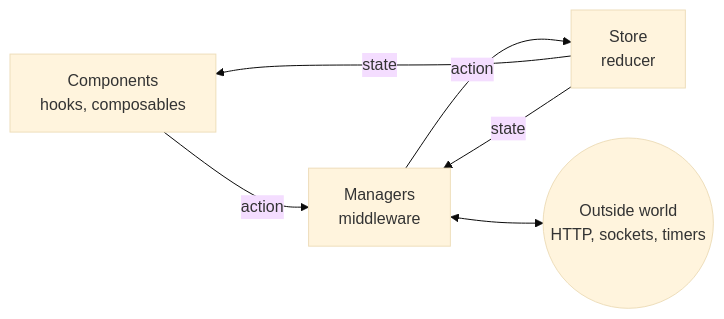
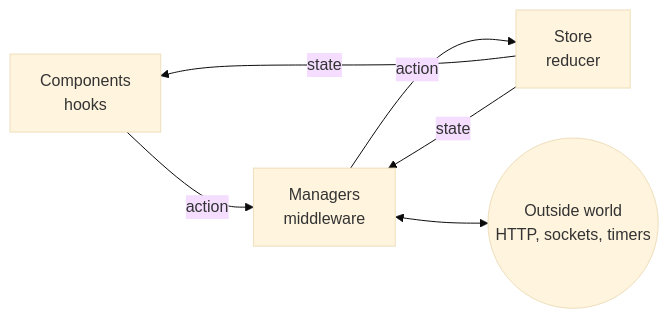
One commit to reactive/data-client changed the diagram in ARCHITECTURE.md. Above: the diagram before and after it, drawn with Mermaid (base theme). The commit also changed other lines of this file and 5 other files, not shown here.

First line of the commit message:
docs: Split ARCHITECTURE.md into definition and client; keep Vue out of shared skill text

````diff
--- a/ARCHITECTURE.md
+++ b/ARCHITECTURE.md
@@ -22,8 +23,8 @@
 ```mermaid
 flowchart LR
-  C[Components<br/>hooks, composables] -- action --> M[Managers<br/>middleware]
+  C[Components<br/>hooks] -- action --> M[Managers<br/>middleware]
   M -- action --> S[Store<br/>reducer]
   S -- state --> C
   S -- state --> M
   M <--> W((Outside world<br/>HTTP, sockets, timers))
 ```
````
